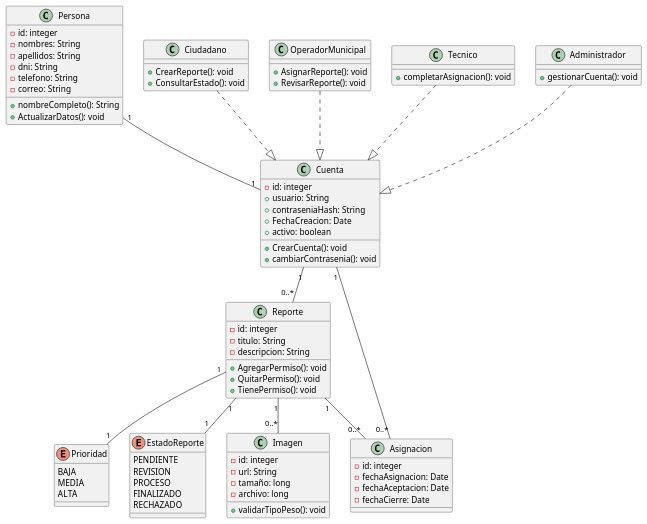
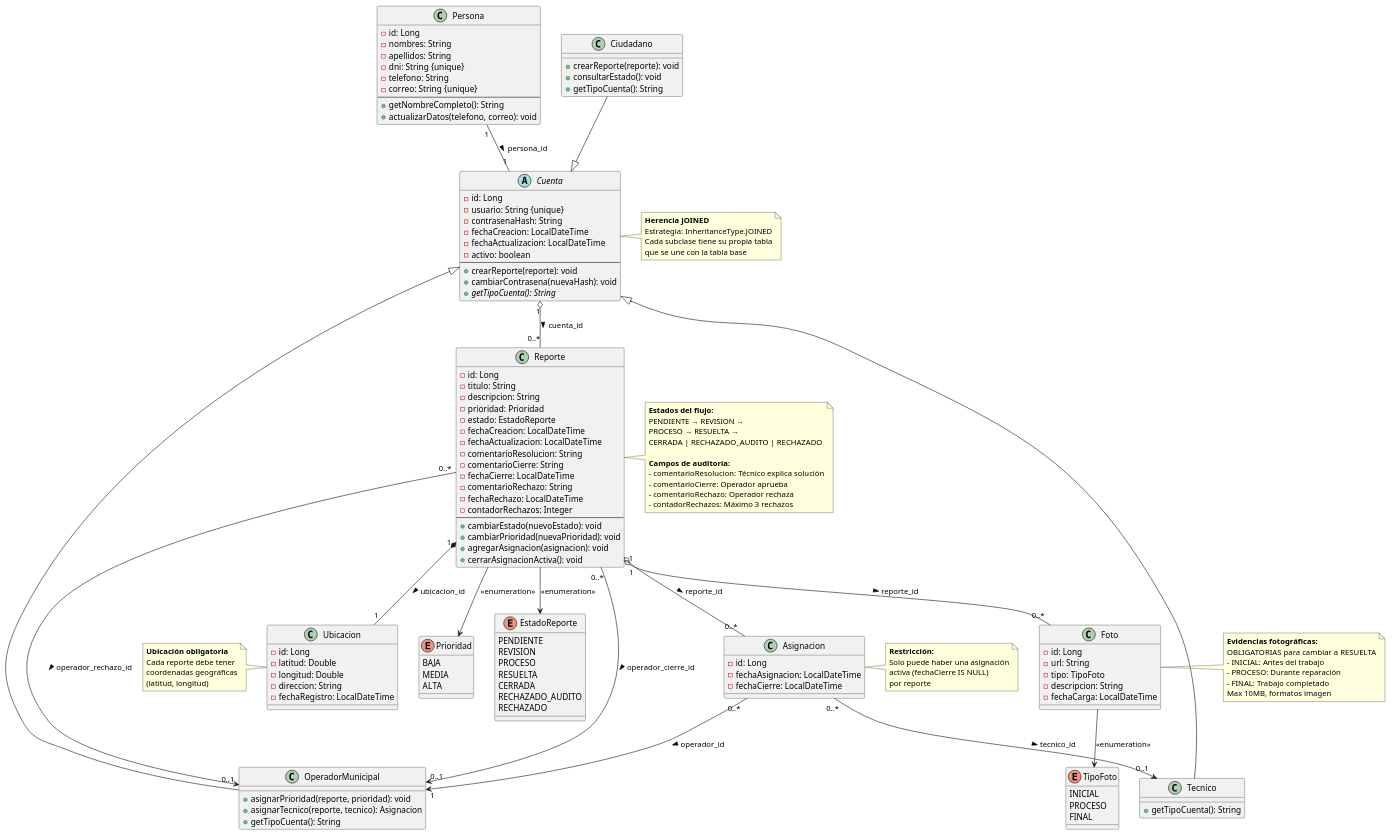
One commit to GustavoAdolfoRiverosJ/ReportaYA-Backend changed the diagram in diagrams/model_diagram.reporteYa.puml. Above: the diagram before and after it, drawn with PlantUML. The commit also changed 59 other files, not shown here.

Commit message:
Refactor: Simplificación de flujo de rechazos,  Operador, actualización de DTOs y servicios

```diff
--- a/diagrams/model_diagram.reporteYa.puml
+++ b/diagrams/model_diagram.reporteYa.puml
@@ -1,5 +1,8 @@
 @startuml Modelo dominio - ReportaYA
-' Enumeraciones
+
+' =======================
+' ENUMERACIONES
+' =======================
 enum Prioridad {
   BAJA
   MEDIA
@@ -10,83 +13,195 @@
   PENDIENTE
   REVISION
   PROCESO
-  FINALIZADO
+  RESUELTA
+  CERRADA
+  RECHAZADO_AUDITO
   RECHAZADO
 }
 
+enum TipoFoto {
+  INICIAL
+  PROCESO
+  FINAL
+}
+
+' =======================
+' ENTIDADES PRINCIPALES
+' =======================
 class Persona {
-  - id: integer
+  - id: Long
   - nombres: String
   - apellidos: String
-  - dni: String
+  - dni: String {unique}
   - telefono: String
-  - correo: String
-  + nombreCompleto(): String
-  + ActualizarDatos(): void
+  - correo: String {unique}
+  --
+  + getNombreCompleto(): String
+  + actualizarDatos(telefono, correo): void
 }
 
-class Cuenta {
-  - id: integer
-  + usuario: String
-  + contraseniaHash: String
-  + FechaCreacion: Date
-  + activo: boolean
-  + CrearCuenta(): void
-  + cambiarContrasenia(): void
+abstract class Cuenta {
+  - id: Long
+  - usuario: String {unique}
+  - contrasenaHash: String
+  - fechaCreacion: LocalDateTime
+  - fechaActualizacion: LocalDateTime
+  - activo: boolean
+  --
+  + crearReporte(reporte): void
+  + cambiarContrasena(nuevaHash): void
+  + {abstract} getTipoCuenta(): String
 }
 
 class Reporte {
-  - id: integer
+  - id: Long
   - titulo: String
   - descripcion: String
-  + AgregarPermiso(): void
-  + QuitarPermiso(): void
-  + TienePermiso(): void
+  - prioridad: Prioridad
+  - estado: EstadoReporte
+  - fechaCreacion: LocalDateTime
+  - fechaActualizacion: LocalDateTime
+  - comentarioResolucion: String
+  - comentarioCierre: String
+  - fechaCierre: LocalDateTime
+  - comentarioRechazo: String
+  - fechaRechazo: LocalDateTime
+  - contadorRechazos: Integer
+  --
+  + cambiarEstado(nuevoEstado): void
+  + cambiarPrioridad(nuevaPrioridad): void
+  + agregarAsignacion(asignacion): void
+  + cerrarAsignacionActiva(): void
+}
+
+class Ubicacion {
+  - id: Long
+  - latitud: Double
+  - longitud: Double
+  - direccion: String
+  - fechaRegistro: LocalDateTime
 }
 
 class Asignacion {
-  - id: integer
-  - fechaAsignacion: Date
-  - fechaAceptacion: Date
-  - fechaCierre: Date
+  - id: Long
+  - fechaAsignacion: LocalDateTime
+  - fechaCierre: LocalDateTime
 }
 
-class Imagen {
-  - id: integer
+class Foto {
+  - id: Long
   - url: String
-  - tamaño: long
-  - archivo: long
-  + validarTipoPeso(): void
+  - tipo: TipoFoto
+  - descripcion: String
+  - fechaCarga: LocalDateTime
 }
 
-' Roles
+' =======================
+' SUBCLASES DE CUENTA
+' =======================
 class Ciudadano {
-  + CrearReporte(): void
-  + ConsultarEstado(): void
-}
-class OperadorMunicipal {
-  + AsignarReporte(): void
-  + RevisarReporte(): void
-}
-class Tecnico {
-  + completarAsignacion(): void
-}
-class Administrador {
-  + gestionarCuenta(): void
+  + crearReporte(reporte): void
+  + consultarEstado(): void
+  + getTipoCuenta(): String
 }
 
-' Relaciones
-Persona "1" -- "1" Cuenta
-Cuenta "1" -- "0..*" Reporte
-Cuenta "1" -- "0..*" Asignacion
-Reporte "1" -- "0..*" Asignacion
-Reporte "1" -- "0..*" Imagen
-Reporte "1" -- "1" Prioridad
-Reporte "1" -- "1" EstadoReporte
+class OperadorMunicipal {
+  + asignarPrioridad(reporte, prioridad): void
+  + asignarTecnico(reporte, tecnico): Asignacion
+  + getTipoCuenta(): String
+}
 
-Ciudadano ..|> Cuenta
-OperadorMunicipal ..|> Cuenta
-Tecnico ..|> Cuenta
-Administrador ..|> Cuenta
+class Tecnico {
+  + getTipoCuenta(): String
+}
+
+' =======================
+' RELACIONES
+' =======================
+
+' Persona - Cuenta (1:1)
+Persona "1" -- "1" Cuenta : persona_id >
+
+' Cuenta - Reporte (1:N)
+Cuenta "1" o-- "0..*" Reporte : cuenta_id >
+
+' Reporte - Ubicacion (1:1 obligatorio)
+Reporte "1" *-- "1" Ubicacion : ubicacion_id >
+
+' Reporte - Asignacion (1:N)
+Reporte "1" o-- "0..*" Asignacion : reporte_id >
+
+' Asignacion - OperadorMunicipal (N:1)
+Asignacion "0..*" --> "1" OperadorMunicipal : operador_id >
+
+' Asignacion - Tecnico (N:1)
+Asignacion "0..*" --> "0..1" Tecnico : tecnico_id >
+
+' Reporte - Prioridad (Enum)
+Reporte --> Prioridad : <<enumeration>>
+
+' Reporte - EstadoReporte (Enum)
+Reporte --> EstadoReporte : <<enumeration>>
+
+' Reporte - Foto (1:N)
+Reporte "1" o-- "0..*" Foto : reporte_id >
+
+' Foto - TipoFoto (Enum)
+Foto --> TipoFoto : <<enumeration>>
+
+' Reporte - OperadorMunicipal (Auditoría)
+Reporte "0..*" --> "0..1" OperadorMunicipal : operador_cierre_id >
+Reporte "0..*" --> "0..1" OperadorMunicipal : operador_rechazo_id >
+
+' Herencia (JOINED Strategy)
+Ciudadano --|> Cuenta
+OperadorMunicipal --|> Cuenta
+Tecnico --|> Cuenta
+
+' =======================
+' NOTAS
+' =======================
+note right of Cuenta
+  **Herencia JOINED**
+  Estrategia: InheritanceType.JOINED
+  Cada subclase tiene su propia tabla
+  que se une con la tabla base
+end note
+
+note right of Reporte
+  **Estados del flujo:**
+  PENDIENTE → REVISION → 
+  PROCESO → RESUELTA → 
+  CERRADA | RECHAZADO_AUDITO | RECHAZADO
+  
+  **Campos de auditoría:**
+  - comentarioResolucion: Técnico explica solución
+  - comentarioCierre: Operador aprueba
+  - comentarioRechazo: Operador rechaza
+  - contadorRechazos: Máximo 3 rechazos
+end note
+
+note right of Foto
+  **Evidencias fotográficas:**
+  OBLIGATORIAS para cambiar a RESUELTA
+  - INICIAL: Antes del trabajo
+  - PROCESO: Durante reparación
+  - FINAL: Trabajo completado
+  Max 10MB, formatos imagen
+end note
+
+note right of Asignacion
+  **Restricción:**
+  Solo puede haber una asignación
+  activa (fechaCierre IS NULL)
+  por reporte
+end note
+
+note left of Ubicacion
+  **Ubicación obligatoria**
+  Cada reporte debe tener
+  coordenadas geográficas
+  (latitud, longitud)
+end note
 
 @enduml
```
